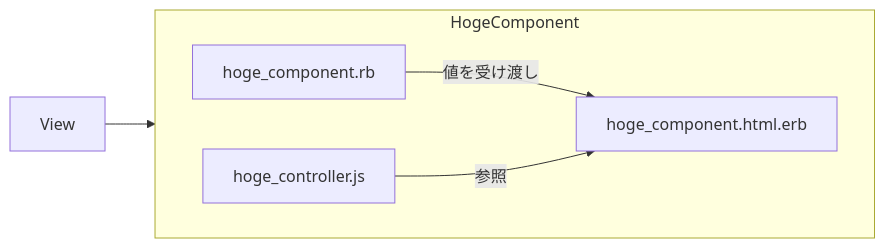
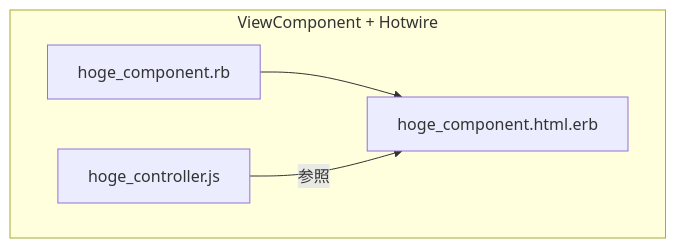
The fourth of 5 diagrams in articles/viewcomponent-hotwire-tailwindcss.md (kuroweb/zenn), drawn with Mermaid before and after one commit. The commit also changed other lines of this file, not shown here.

````diff
--- a/articles/viewcomponent-hotwire-tailwindcss.md
+++ b/articles/viewcomponent-hotwire-tailwindcss.md
@@ -96,14 +96,8 @@
 ```mermaid
 flowchart LR
-  subgraph HogeComponent
+  subgraph ViewComponent + Hotwire
     direction LR
-    hoge_component.rb
-    hoge_component.html.erb
-    hoge_controller.js
-
-    hoge_component.rb --値を受け渡し-->hoge_component.html.erb
+    hoge_component.rb -->hoge_component.html.erb
     hoge_controller.js --参照-->hoge_component.html.erb
   end
-
-  View -->HogeComponent
 ```
````
